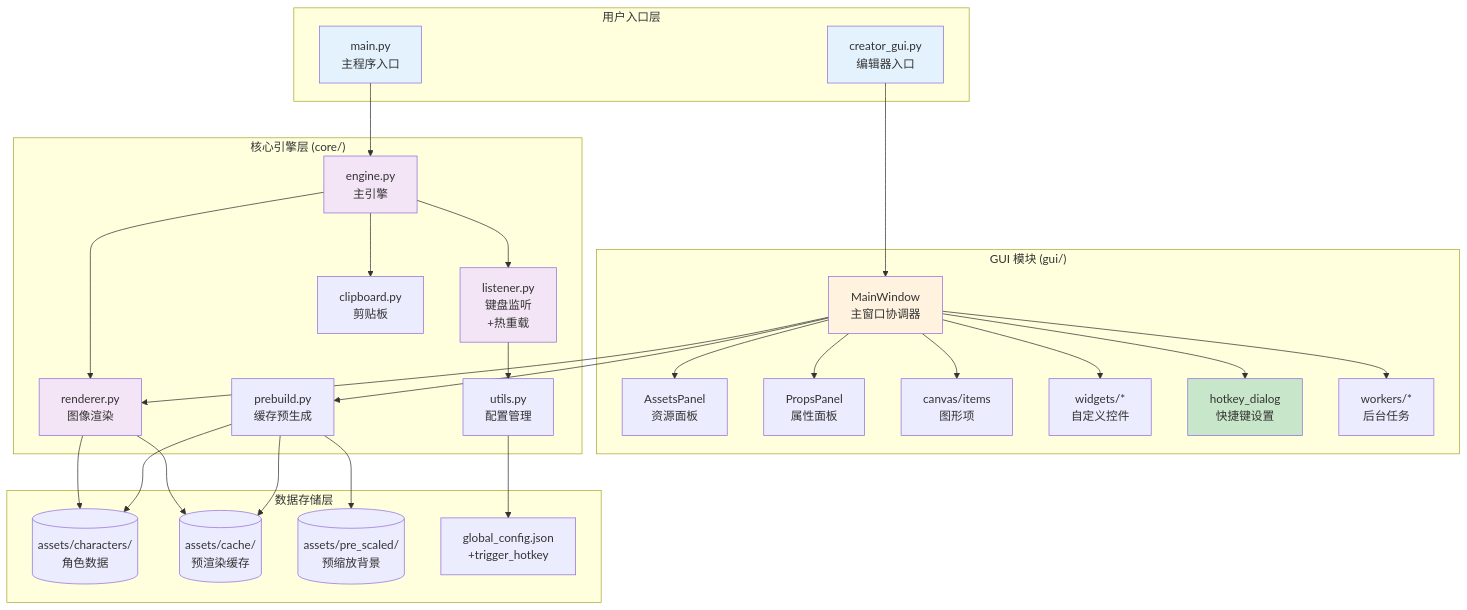
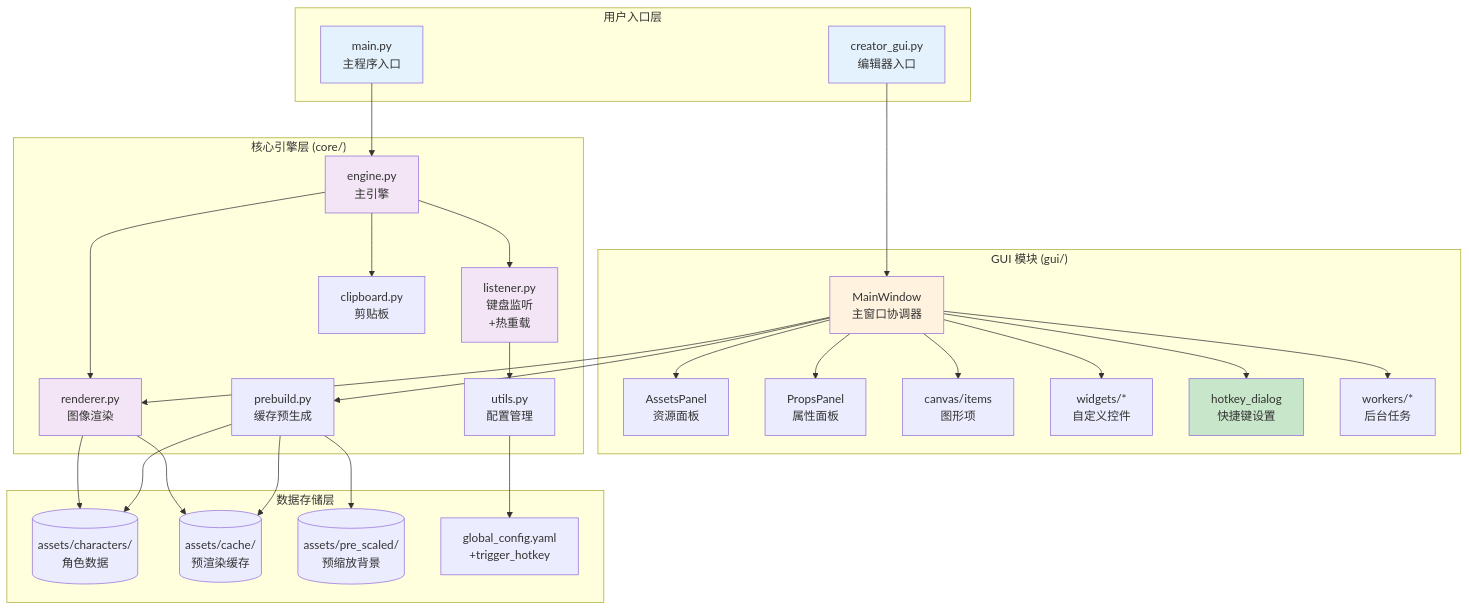
The first of 2 diagrams in CLAUDE.md (OuroChival-Shizue/My_Chat_Window_Can_Not_Be_A_GalGame), drawn with Mermaid before and after one commit. The commit also changed other lines of this file and 9 other files, not shown here.

````diff
--- a/CLAUDE.md
+++ b/CLAUDE.md
@@ -31,62 +32,62 @@
 ```mermaid
 graph TB
     subgraph "用户入口层"
         A[main.py<br/>主程序入口]
         B[creator_gui.py<br/>编辑器入口]
     end
 
     subgraph "GUI 模块 (gui/)"
         C[MainWindow<br/>主窗口协调器]
         D[AssetsPanel<br/>资源面板]
         E[PropsPanel<br/>属性面板]
         F[canvas/items<br/>图形项]
         G[widgets/*<br/>自定义控件]
         G2[hotkey_dialog<br/>快捷键设置]
         H[workers/*<br/>后台任务]
     end
 
     subgraph "核心引擎层 (core/)"
         I[engine.py<br/>主引擎]
         J[listener.py<br/>键盘监听<br/>+热重载]
         K[renderer.py<br/>图像渲染]
         L[clipboard.py<br/>剪贴板]
         M[prebuild.py<br/>缓存预生成]
         N[utils.py<br/>配置管理]
     end
 
     subgraph "数据存储层"
         O[(assets/characters/<br/>角色数据)]
         P[(assets/cache/<br/>预渲染缓存)]
         Q[(assets/pre_scaled/<br/>预缩放背景)]
-        R[global_config.json<br/>+trigger_hotkey]
+        R[global_config.yaml<br/>+trigger_hotkey]
     end
 
     A --> I
     B --> C
     C --> D
     C --> E
     C --> F
     C --> G
     C --> G2
     C --> H
     C --> K
     C --> M
     I --> J
     I --> K
     I --> L
     J --> N
     K --> O
     K --> P
     M --> O
     M --> P
     M --> Q
     N --> R
 
     style A fill:#e3f2fd
     style B fill:#e3f2fd
     style C fill:#fff3e0
     style I fill:#f3e5f5
     style J fill:#f3e5f5
     style K fill:#f3e5f5
     style G2 fill:#c8e6c9
 ```
````
